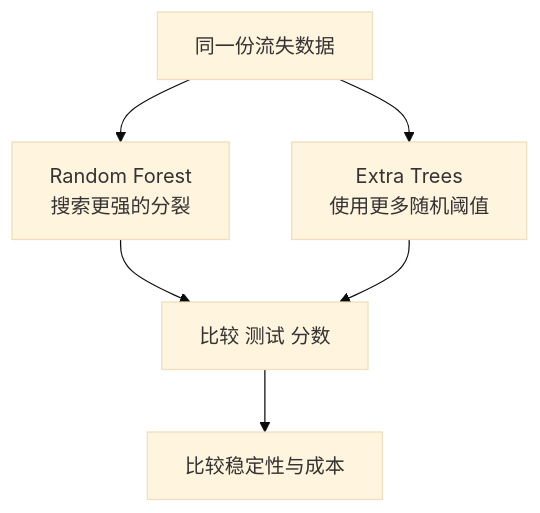
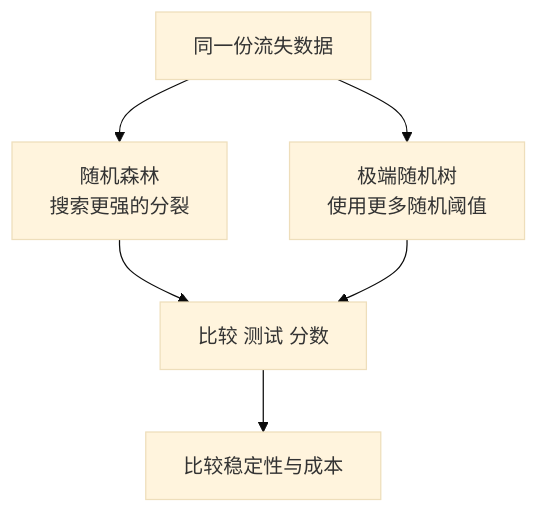
One commit to devchan64/AiBook changed the diagram in docs/assets/part-04/chapter-15/p4-15-4-mermaid-02-zh.mmd. Above: the diagram before and after it, drawn with Mermaid (base theme). The commit also changed 91 other files, not shown here.

Commit message:
Finalize Part 4 Korean and Chinese diagram localization

```diff
--- a/docs/assets/part-04/chapter-15/p4-15-4-mermaid-02-zh.mmd
+++ b/docs/assets/part-04/chapter-15/p4-15-4-mermaid-02-zh.mmd
@@ -1,10 +1,10 @@
 flowchart TD
   A["同一份流失数据"]
-  B["Random Forest<br/>搜索更强的分裂"]
-  C["Extra Trees<br/>使用更多随机阈值"]
+  B["随机森林<br/>搜索更强的分裂"]
+  C["极端随机树<br/>使用更多随机阈值"]
   D["比较 测试 分数"]
   E["比较稳定性与成本"]
 
   A --> B --> D
   A --> C --> D
   D --> E
```
